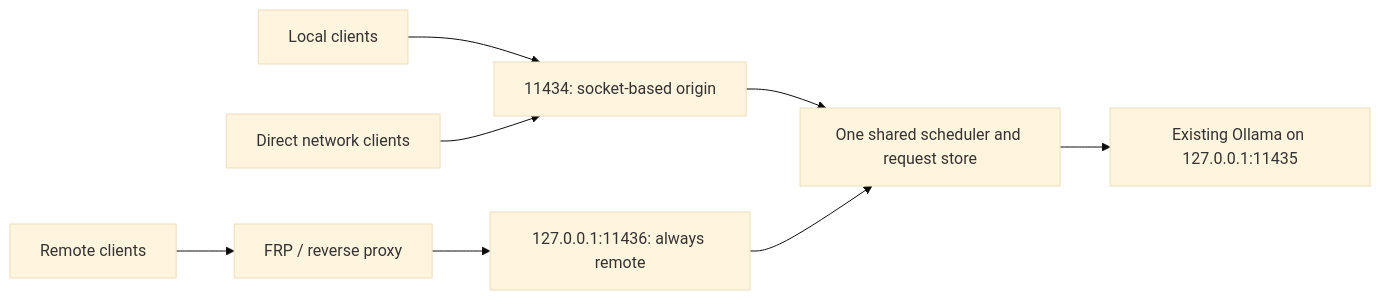
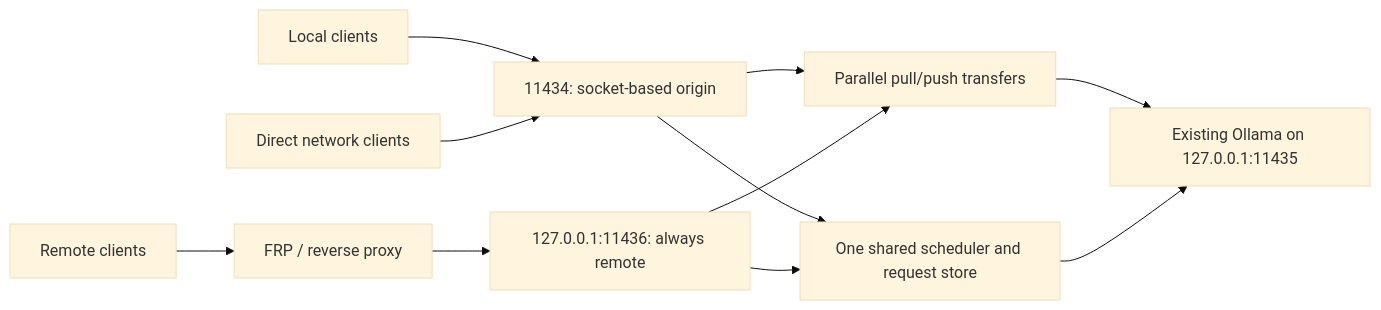
One commit to ozil56/OllamaStatusService changed the diagram in README.md. Above: the diagram before and after it, drawn with Mermaid (base theme). The commit also changed other lines of this file and 25 other files, not shown here.

````diff
--- a/README.md
+++ b/README.md
@@ -40,10 +42,13 @@
 ```mermaid
 flowchart LR
     L[Local clients] --> D[11434: socket-based origin]
     N[Direct network clients] --> D
     R[Remote clients] --> P[FRP / reverse proxy]
     P --> I[127.0.0.1:11436: always remote]
     D --> Q[One shared scheduler and request store]
+    D --> T[Parallel pull/push transfers]
     I --> Q
+    I --> T
+    T --> O
     Q --> O[Existing Ollama on 127.0.0.1:11435]
 ```
````
